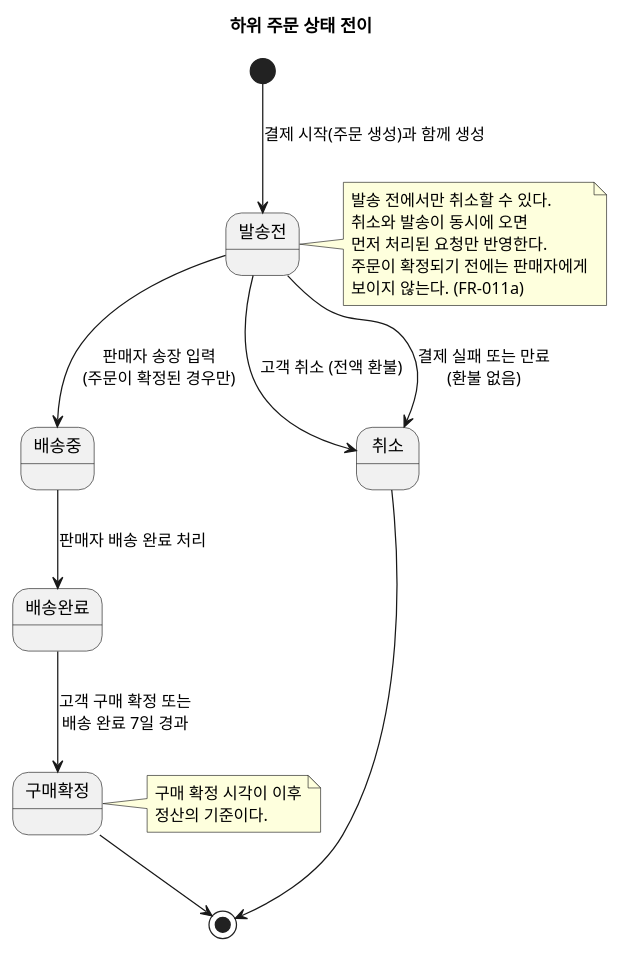
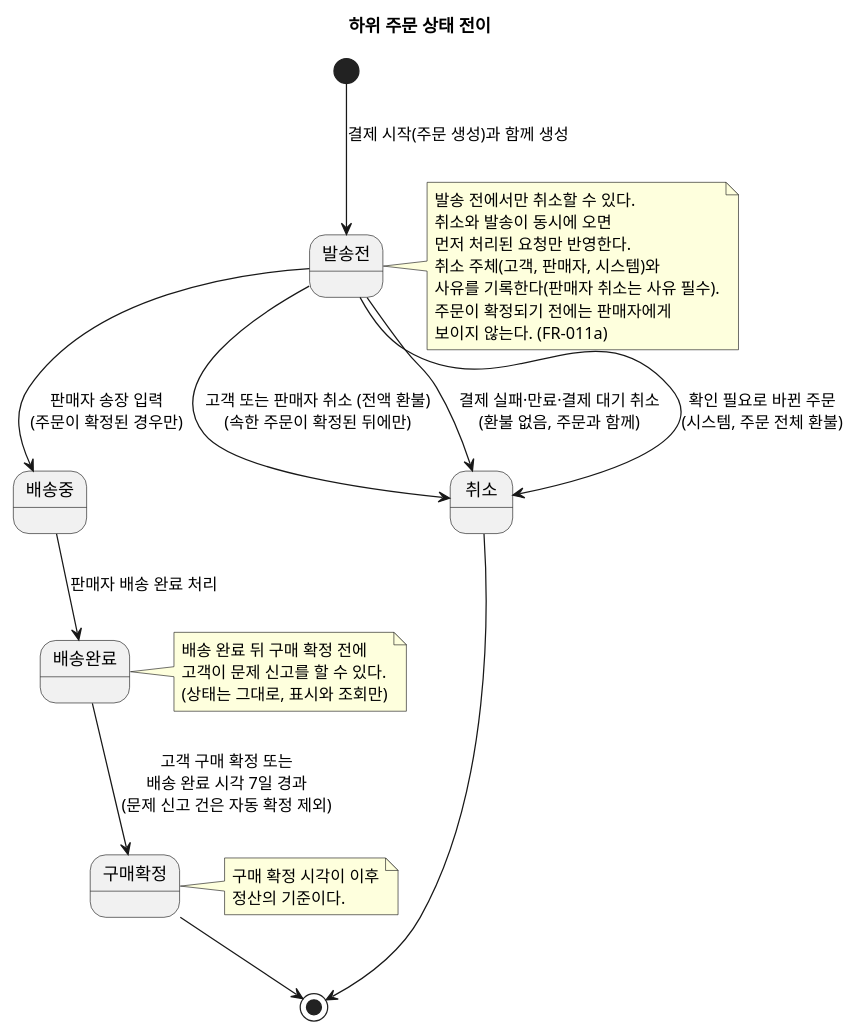
Before and after one commit to parknahyun/shopflow: the diagram in specs/001-multiseller-commerce-core/diagrams/sub-order-states.puml, drawn with PlantUML. The commit also changed 17 other files, not shown here.

```diff
--- a/specs/001-multiseller-commerce-core/diagrams/sub-order-states.puml
+++ b/specs/001-multiseller-commerce-core/diagrams/sub-order-states.puml
@@ -1,26 +1,35 @@
 @startuml
 ' 하위 주문 상태 전이 (data-model.md의 허용 목록과 같다)
 title 하위 주문 상태 전이
 
 [*] --> 발송전 : 결제 시작(주문 생성)과 함께 생성
 발송전 --> 배송중 : 판매자 송장 입력\n(주문이 확정된 경우만)
-발송전 --> 취소 : 고객 취소 (전액 환불)
-발송전 --> 취소 : 결제 실패 또는 만료\n(환불 없음)
+발송전 --> 취소 : 고객 또는 판매자 취소 (전액 환불)\n(속한 주문이 확정된 뒤에만)
+발송전 --> 취소 : 결제 실패·만료·결제 대기 취소\n(환불 없음, 주문과 함께)
+발송전 --> 취소 : 확인 필요로 바뀐 주문\n(시스템, 주문 전체 환불)
 배송중 --> 배송완료 : 판매자 배송 완료 처리
-배송완료 --> 구매확정 : 고객 구매 확정 또는\n배송 완료 7일 경과
+배송완료 --> 구매확정 : 고객 구매 확정 또는\n배송 완료 시각 7일 경과\n(문제 신고 건은 자동 확정 제외)
 구매확정 --> [*]
 취소 --> [*]
 
 note right of 발송전
   발송 전에서만 취소할 수 있다.
   취소와 발송이 동시에 오면
   먼저 처리된 요청만 반영한다.
+  취소 주체(고객, 판매자, 시스템)와
+  사유를 기록한다(판매자 취소는 사유 필수).
   주문이 확정되기 전에는 판매자에게
   보이지 않는다. (FR-011a)
+end note
+
+note right of 배송완료
+  배송 완료 뒤 구매 확정 전에
+  고객이 문제 신고를 할 수 있다.
+  (상태는 그대로, 표시와 조회만)
 end note
 
 note right of 구매확정
   구매 확정 시각이 이후
   정산의 기준이다.
 end note
 @enduml
```
